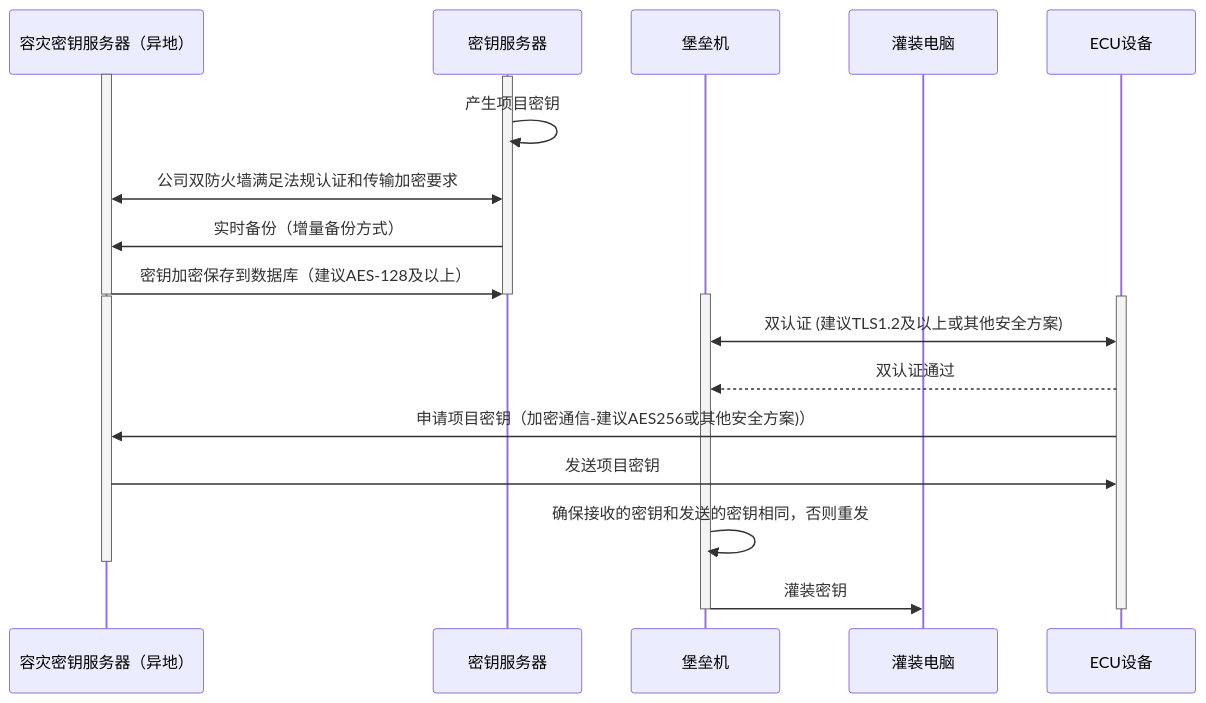
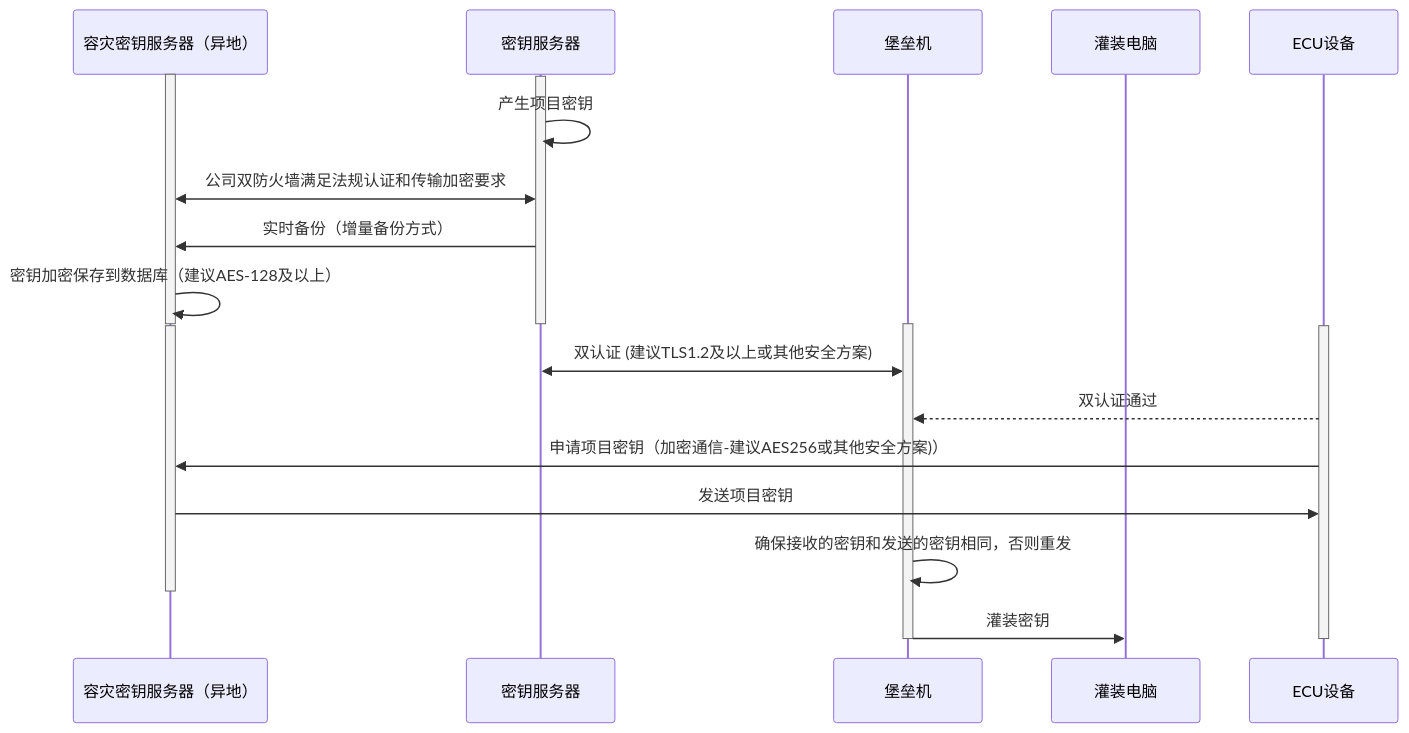
Before and after one commit to facebook-cloud/iodraw-files: the diagram in all/未命名-15.md, drawn with Mermaid.

Commit message:
2026-02-07 10:01:23 update

````diff
--- a/all/未命名-15.md
+++ b/all/未命名-15.md
@@ -1,34 +1,34 @@
 ```mermaid
 sequenceDiagram
     participant A as 容灾密钥服务器（异地）
     participant B as 密钥服务器
     participant C as 堡垒机
     participant D as 灌装电脑
     participant E as ECU设备
 
     activate A
     activate B
     B->>B: 产生项目密钥
     A<<->>B: 公司双防火墙满足法规认证和传输加密要求
     B->>A: 实时备份（增量备份方式）
-    A->>B: 密钥加密保存到数据库（建议AES-128及以上）
+    A->>A: 密钥加密保存到数据库（建议AES-128及以上）
     deactivate B
     deactivate A
 
     activate C
     activate A
     activate E
 
-    C<<->>E: 双认证 (建议TLS1.2及以上或其他安全方案)
+    C<<->>B: 双认证 (建议TLS1.2及以上或其他安全方案)
     E-->>C: 双认证通过
 
     E->>A: 申请项目密钥（加密通信-建议AES256或其他安全方案)）
     A->>E: 发送项目密钥
 
     C->>C: 确保接收的密钥和发送的密钥相同，否则重发
     deactivate A
     C->>D: 灌装密钥
     deactivate C
     deactivate E
 
 ```
````
